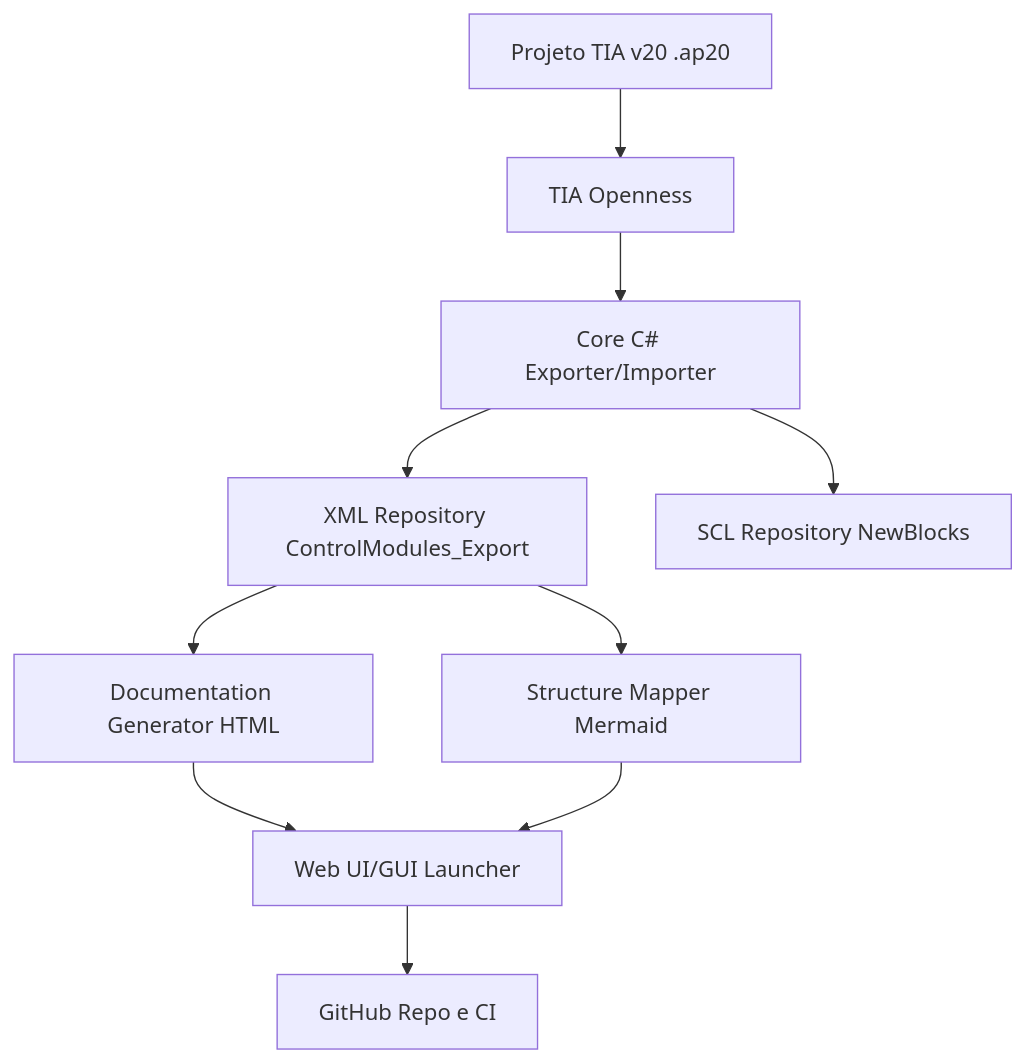
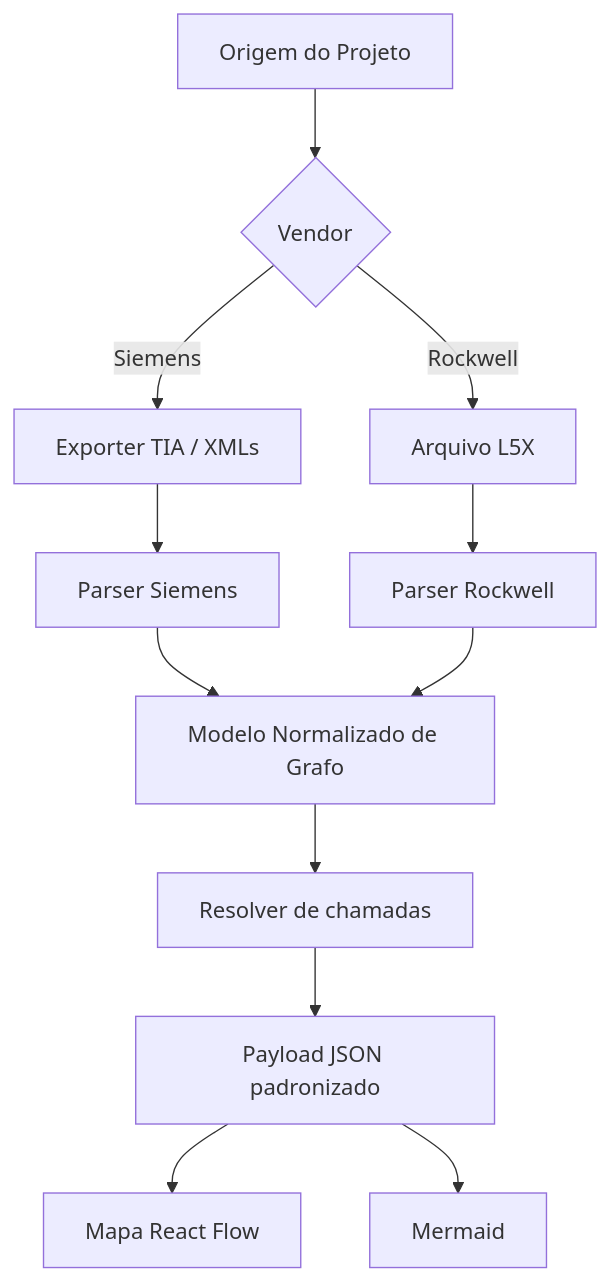
The diagram in PLANO_GITHUB_PLATAFORMA_TIA.md (allanrosti-sys/Side_Siemens), drawn with Mermaid before and after one commit. The commit also changed other lines of this file and 35 other files, not shown here.

Commit message:
feat: multivendor rockwell + web panel stability

````diff
--- a/PLANO_GITHUB_PLATAFORMA_TIA.md
+++ b/PLANO_GITHUB_PLATAFORMA_TIA.md
@@ -36,12 +57,14 @@
 ```mermaid
 graph TD
-    A[Projeto TIA v20 .ap20] --> B[TIA Openness]
-    B --> C[Core C# Exporter/Importer]
-    C --> D[XML Repository ControlModules_Export]
-    C --> E[SCL Repository NewBlocks]
-    D --> F[Documentation Generator HTML]
-    D --> G[Structure Mapper Mermaid]
-    F --> H[Web UI/GUI Launcher]
-    G --> H
-    H --> I[GitHub Repo e CI]
+    A[Origem do Projeto] --> B{Vendor}
+    B -->|Siemens| C[Exporter TIA / XMLs]
+    B -->|Rockwell| D[Arquivo L5X]
+    C --> E[Parser Siemens]
+    D --> F[Parser Rockwell]
+    E --> G[Modelo Normalizado de Grafo]
+    F --> G
+    G --> H[Resolver de chamadas]
+    H --> I[Payload JSON padronizado]
+    I --> J[Mapa React Flow]
+    I --> K[Mermaid]
 ```
````
